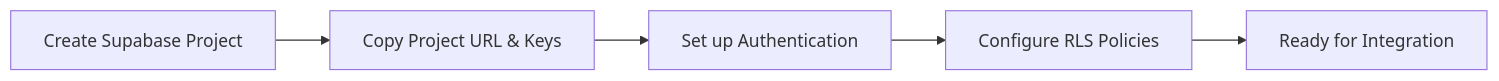
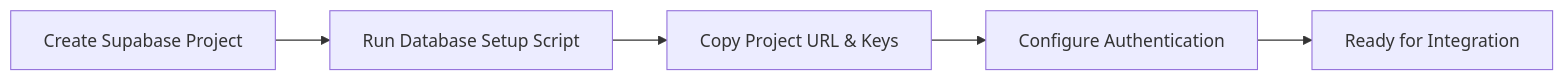
The second of 11 diagrams in README.md (steve-piece/subdomain-isolated-turborepo), drawn with Mermaid before and after one commit. The commit also changed other lines of this file and 3 other files, not shown here.

First line of the commit message:
feat: add complete database setup script and documentation

````diff
--- a/README.md
+++ b/README.md
@@ -85,7 +140,7 @@
 ```mermaid
 flowchart LR
-    A[Create Supabase Project] --> B[Copy Project URL & Keys]
-    B --> C[Set up Authentication]
-    C --> D[Configure RLS Policies]
+    A[Create Supabase Project] --> B[Run Database Setup Script]
+    B --> C[Copy Project URL & Keys]
+    C --> D[Configure Authentication]
     D --> E[Ready for Integration]
 ```
````
